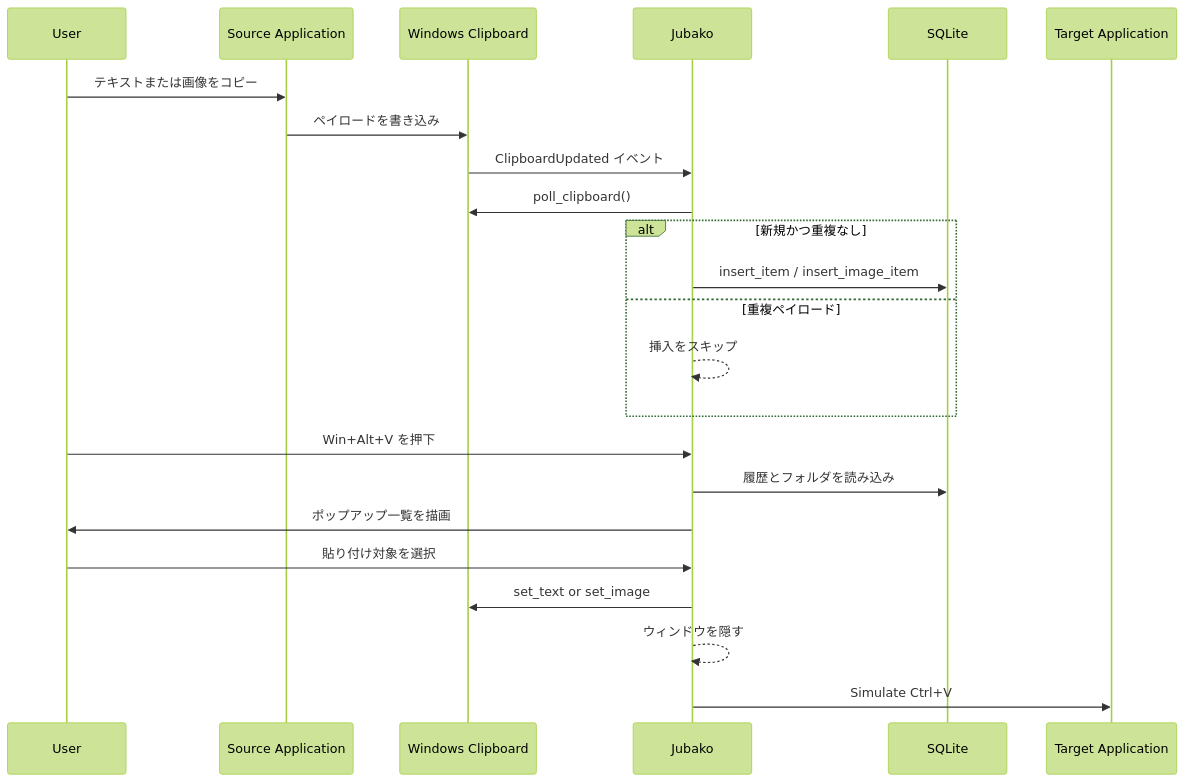
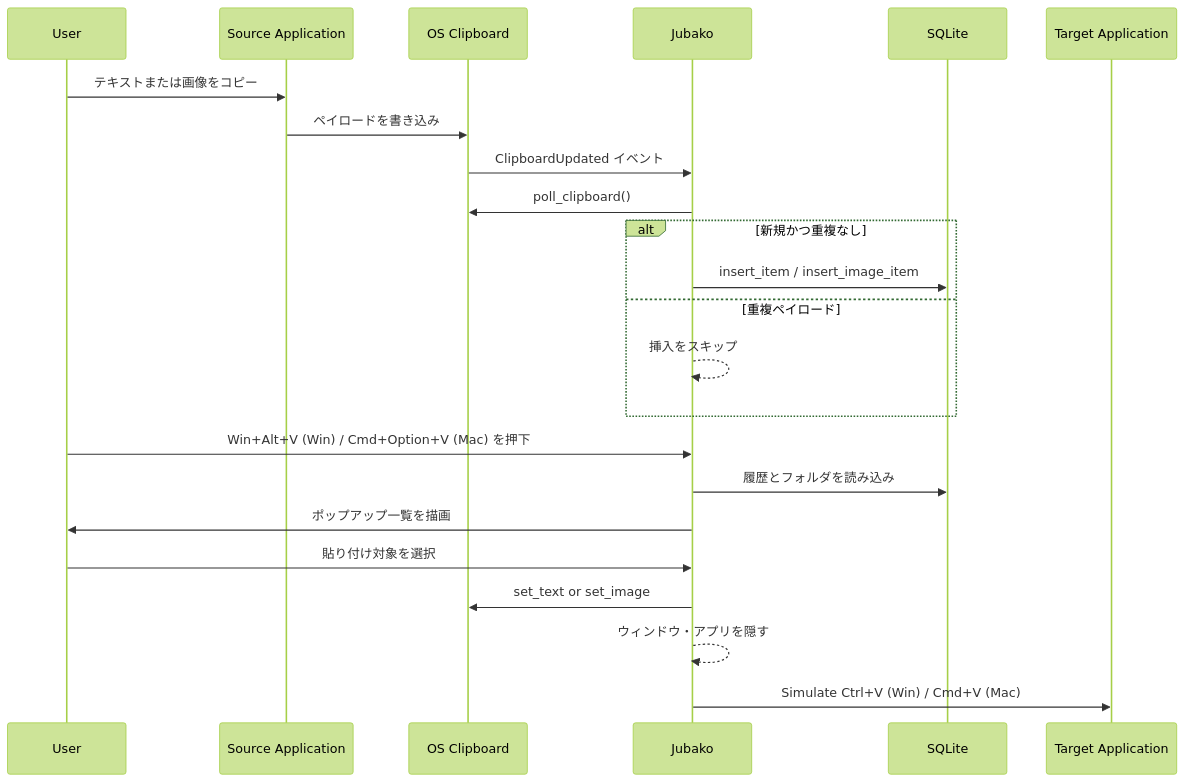
The diagram in docs/architecture/04_behaviors/sequences/02-core-business.md (puuuii/Jubako), drawn with Mermaid (forest theme) before and after one commit. The commit also changed other lines of this file and 25 other files, not shown here.

````diff
--- a/docs/architecture/04_behaviors/sequences/02-core-business.md
+++ b/docs/architecture/04_behaviors/sequences/02-core-business.md
@@ -15,29 +16,29 @@
 ```mermaid
 sequenceDiagram
     participant User
     participant SourceApp as Source Application
-    participant Clipboard as Windows Clipboard
+    participant Clipboard as OS Clipboard
     participant Jubako
     participant DB as SQLite
     participant TargetApp as Target Application
 
     User->>SourceApp: テキストまたは画像をコピー
     SourceApp->>Clipboard: ペイロードを書き込み
     Clipboard->>Jubako: ClipboardUpdated イベント
     Jubako->>Clipboard: poll_clipboard()
 
     alt 新規かつ重複なし
         Jubako->>DB: insert_item / insert_image_item
     else 重複ペイロード
         Jubako-->>Jubako: 挿入をスキップ
     end
 
-    User->>Jubako: Win+Alt+V を押下
+    User->>Jubako: Win+Alt+V (Win) / Cmd+Option+V (Mac) を押下
     Jubako->>DB: 履歴とフォルダを読み込み
     Jubako->>User: ポップアップ一覧を描画
 
     User->>Jubako: 貼り付け対象を選択
     Jubako->>Clipboard: set_text or set_image
-    Jubako-->>Jubako: ウィンドウを隠す
-    Jubako->>TargetApp: Simulate Ctrl+V
+    Jubako-->>Jubako: ウィンドウ・アプリを隠す
+    Jubako->>TargetApp: Simulate Ctrl+V (Win) / Cmd+V (Mac)
 ```
````
